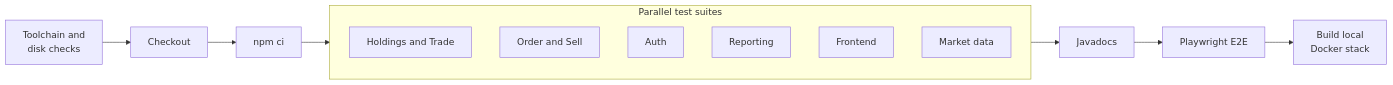
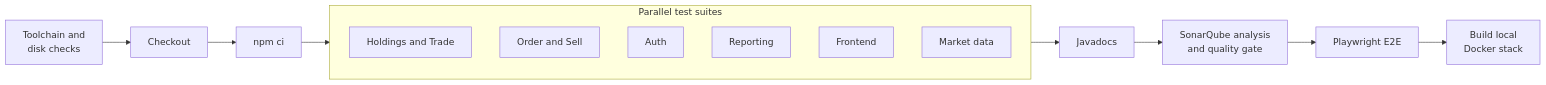
Before and after one commit to seankcheema/trading-season: the fifth of 5 diagrams in README.md, drawn with Mermaid. The commit also changed 14 other files, not shown here.

````diff
--- a/README.md
+++ b/README.md
@@ -110,14 +110,14 @@
 ```mermaid
 flowchart LR
     Pre["Toolchain and<br/>disk checks"] --> Checkout --> Deps["npm ci"]
     Deps --> Tests
     subgraph Tests["Parallel test suites"]
         T1["Holdings and Trade"]
         T2["Order and Sell"]
         T3["Auth"]
         T4["Reporting"]
         T5["Frontend"]
         T6["Market data"]
     end
-    Tests --> Docs["Javadocs"] --> E2E["Playwright E2E"] --> Stack["Build local<br/>Docker stack"]
+    Tests --> Docs["Javadocs"] --> Sonar["SonarQube analysis<br/>and quality gate"] --> E2E["Playwright E2E"] --> Stack["Build local<br/>Docker stack"]
 ```
````
